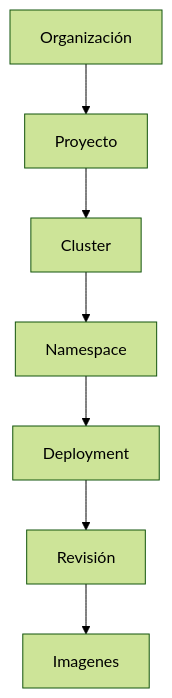
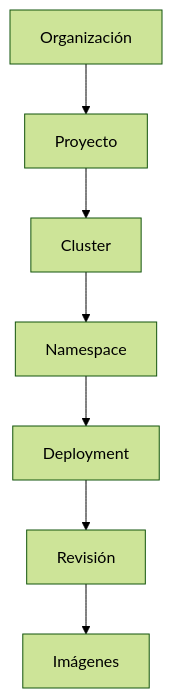
Before and after one commit to Moonin-Lab/Moonin-Docs: the first of 2 diagrams in src/content/docs/es/deployments/index.md, drawn with Mermaid (forest theme). The commit also changed other lines of this file and 30 other files, not shown here.

````diff
--- a/src/content/docs/es/deployments/index.md
+++ b/src/content/docs/es/deployments/index.md
@@ -18,13 +18,13 @@
 ```mermaid
 flowchart TD
     O[Organización]
     P[Proyecto]
     C[Cluster]
     N[Namespace]
     D[Deployment]
     R[Revisión]
-    I[Imagenes]
+    I[Imágenes]
 
     O --> P --> C --> N --> D --> R
     R --> I
 ```
````
